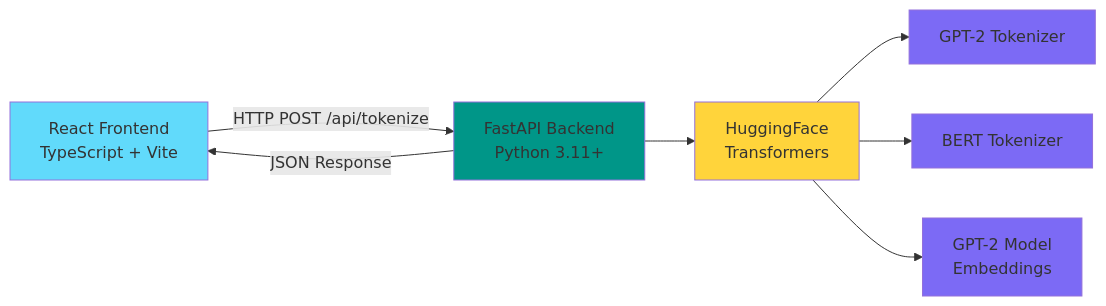
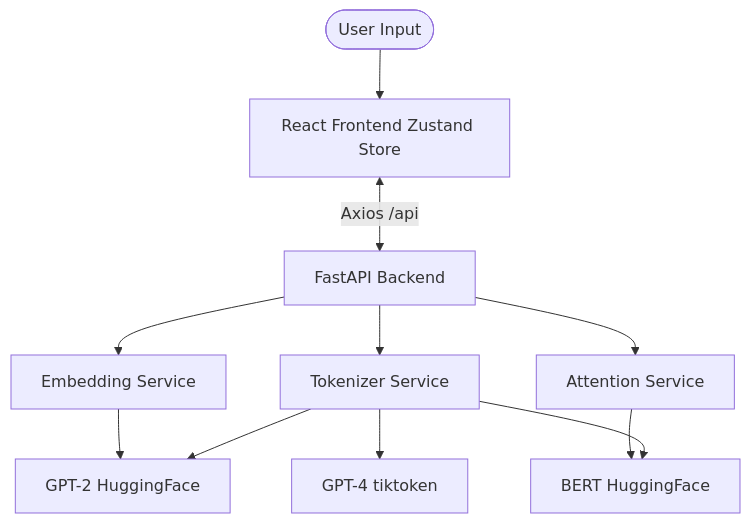
Before and after one commit to vamshikittu22/Learn-N-Token: the diagram in tokenizer-visualizer/README.md, drawn with Mermaid. The commit also changed other lines of this file and 10 other files, not shown here.

````diff
--- a/tokenizer-visualizer/README.md
+++ b/tokenizer-visualizer/README.md
@@ -31,16 +37,16 @@
 ```mermaid
-graph LR
-    A[React Frontend<br/>TypeScript + Vite] -->|HTTP POST /api/tokenize| B[FastAPI Backend<br/>Python 3.11+]
-    B --> C[HuggingFace<br/>Transformers]
-    C --> D[GPT-2 Tokenizer]
-    C --> E[BERT Tokenizer]
-    C --> F[GPT-2 Model<br/>Embeddings]
-    B -->|JSON Response| A
+graph TD
+    User([User Input]) --> React[React Frontend Zustand Store]
+    React <--> |Axios /api| FastAPI[FastAPI Backend]
     
-    style A fill:#61DAFB
-    style B fill:#009688
-    style C fill:#FFD43B
-    style D fill:#7c6af5
-    style E fill:#7c6af5
-    style F fill:#7c6af5
+    FastAPI --> Tokenization[Tokenizer Service]
+    Tokenization --> GPT2[GPT-2 HuggingFace]
+    Tokenization --> BERT[BERT HuggingFace]
+    Tokenization --> GPT4[GPT-4 tiktoken]
+    
+    FastAPI --> Embed[Embedding Service]
+    Embed --> GPT2
+    
+    FastAPI --> Attention[Attention Service]
+    Attention --> BERT
 ```
````
